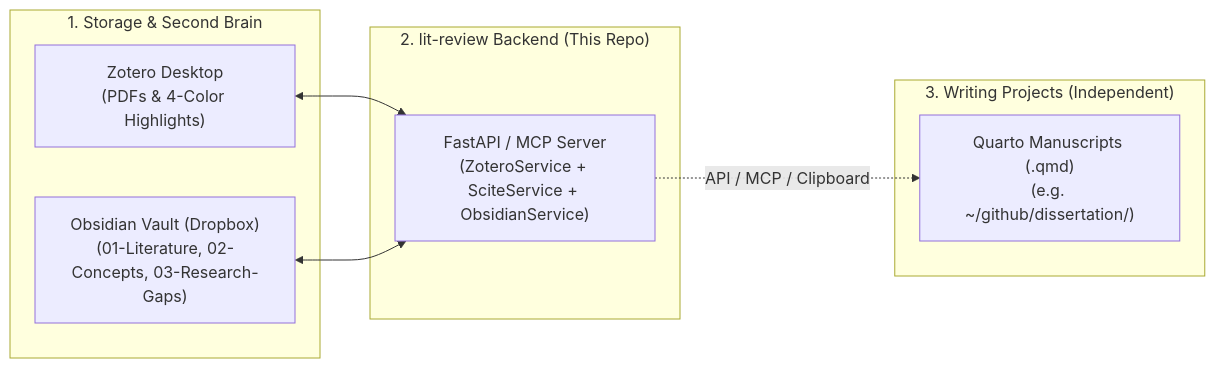
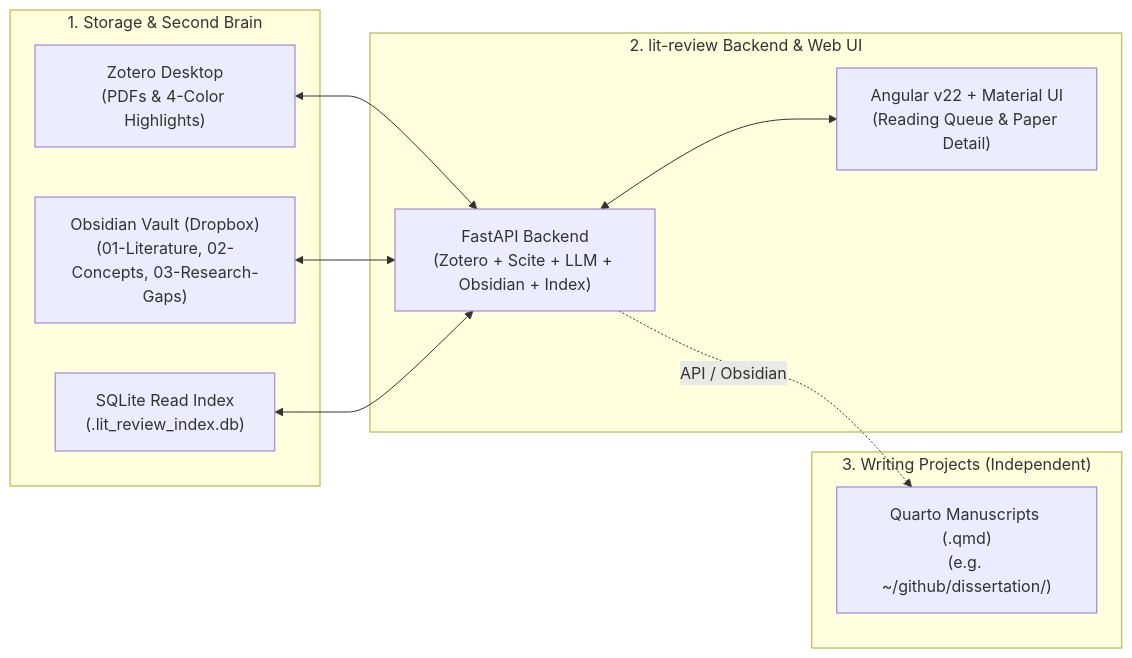
Before and after one commit to tame0001/lit-review: the diagram in README.md, drawn with Mermaid. The commit also changed other lines of this file and 3 other files, not shown here.

````diff
--- a/README.md
+++ b/README.md
@@ -7,19 +7,23 @@
 ```mermaid
 flowchart LR
     subgraph Storage["1. Storage & Second Brain"]
         Zotero["Zotero Desktop\n(PDFs & 4-Color Highlights)"]
         Vault["Obsidian Vault (Dropbox)\n(01-Literature, 02-Concepts, 03-Research-Gaps)"]
+        Index["SQLite Read Index\n(.lit_review_index.db)"]
     end
 
-    subgraph Service["2. lit-review Backend (This Repo)"]
-        Backend["FastAPI / MCP Server\n(ZoteroService + SciteService + ObsidianService)"]
+    subgraph Service["2. lit-review Backend & Web UI"]
+        Backend["FastAPI Backend\n(Zotero + Scite + LLM + Obsidian + Index)"]
+        Frontend["Angular v22 + Material UI\n(Reading Queue & Paper Detail)"]
     end
 
     subgraph Writing["3. Writing Projects (Independent)"]
         Quarto["Quarto Manuscripts (.qmd)\n(e.g. ~/github/dissertation/)"]
     end
 
     Zotero <--> Backend
     Vault <--> Backend
-    Backend -.->|API / MCP / Clipboard| Quarto
+    Index <--> Backend
+    Backend <--> Frontend
+    Backend -.->|API / Obsidian| Quarto
 ```
````
